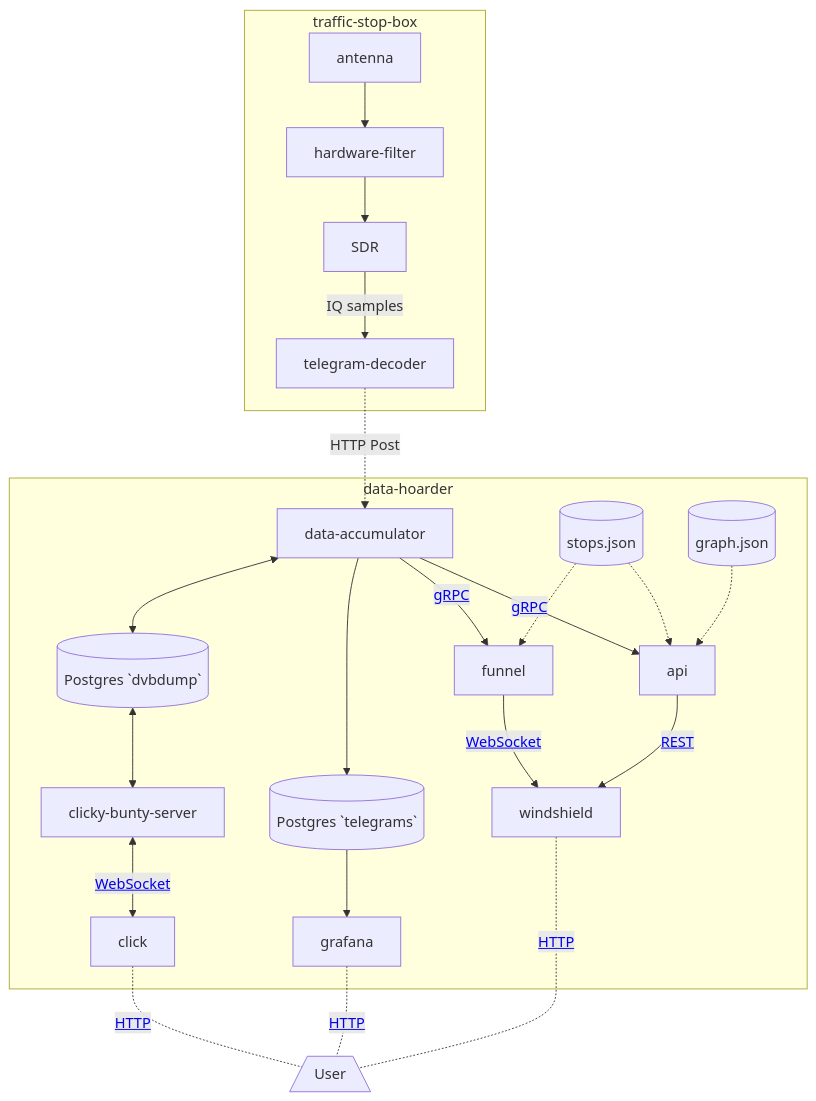
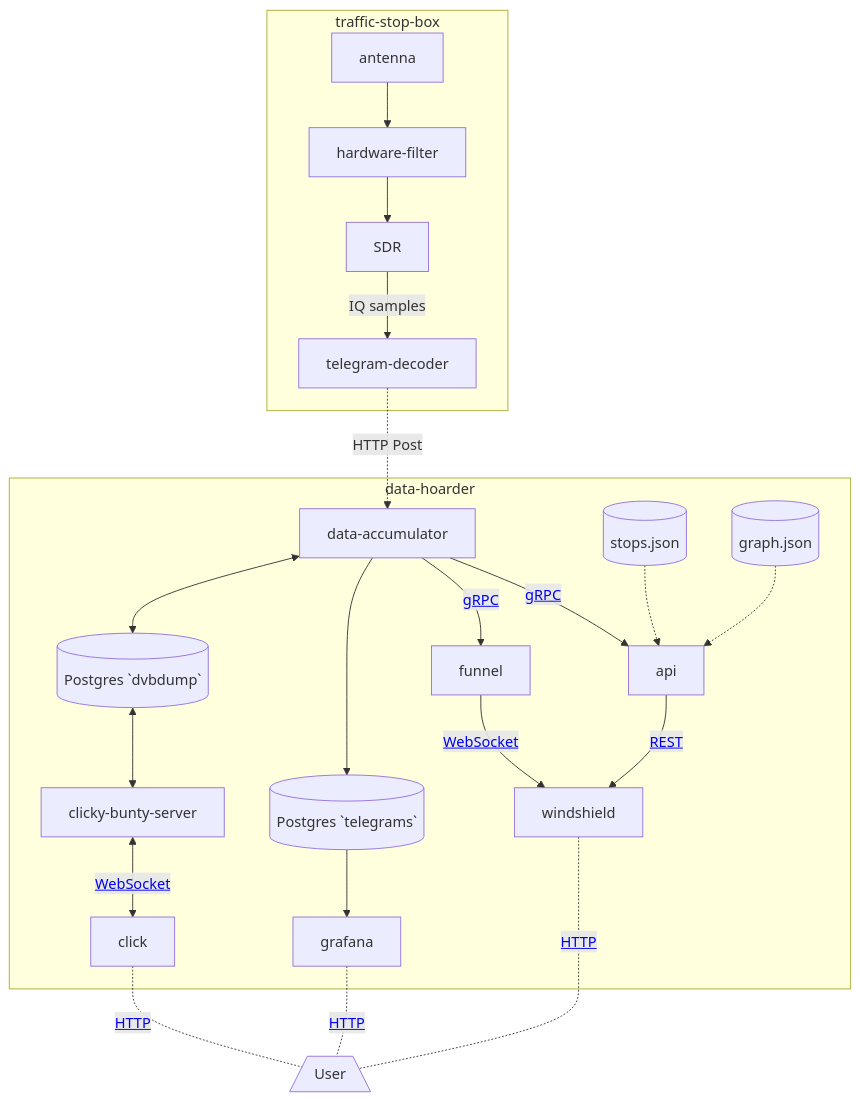
The diagram in src/chapter_2_services.md (tlm-solutions/documentation), drawn with Mermaid before and after one commit.

````diff
--- a/src/chapter_2_services.md
+++ b/src/chapter_2_services.md
@@ -7,43 +7,42 @@
 ```mermaid
 flowchart TB
     subgraph traffic-stop-box
     antenna --> hardware-filter --> SDR --> |IQ samples| telegram-decoder
     end
 
     telegram-decoder -.->|HTTP Post| data-accumulator
 
     subgraph data-hoarder
     data-accumulator --> |<a href='https://github.com/dump-dvb/telegrams/blob/master/proto/telegram.proto'>gRPC</a>| dvb-api
 		dvb-api --> |<a href='chapter_2_1_api.html'>REST</a>|windshield
 		funnel --> |<a href='https://github.com/dump-dvb/telegrams/blob/master/src/models/r09.rs'>WebSocket</a>|windshield
     data-accumulator --> |<a href='https://github.com/dump-dvb/telegrams/blob/master/proto/telegram.proto'>gRPC</a>| funnel
     data-accumulator --> postgres-telegrams
     postgres-telegrams --> grafana
     data-accumulator <--> postgres-dvbdump <--> clicky-bunty-server <-->|<a href='chapter_2_2_user_api.html'>WebSocket</a>| click[click]
 
 		stopsjson -.-> dvb-api
-		stopsjson -.-> funnel
 		graphjson -.-> dvb-api
 
     postgres-telegrams[(Postgres `telegrams`)]
     postgres-dvbdump[(Postgres `dvbdump`)]
     dvb-api[api]
 		graphjson[(graph.json)]
 		stopsjson[(stops.json)]
     end
 
 		user[/User\]
 		grafana <-.- |<a href='https://monitoring.dvb.solutions'>HTTP</a>|user
 		windshield <-.- |<a href='https://map.dvb.solutions'>HTTP</a>|user
 		click[click] <-.- |<a href='https://click.dvb.solutions'>HTTP</a>|user
 
     click hardware-filter "https://github.com/dump-dvb/bandpass-filter" _blank
     click telegram-decoder "https://github.com/dump-dvb/decode-server" _blank
     click data-accumulator "https://github.com/dump-dvb/data-accumulator" _blank
     click click "https://github.com/dump-dvb/click" _blank
     click clicky-bunty-server "https://github.com/dump-dvb/clicky-bunty-server" _blank
     click funnel "https://github.com/dump-dvb/funnel" _blank
     click windshield "https://github.com/dump-dvb/windshield" _blank
     click dvb-api "https://github.com/dump-dvb/dvb-api" _blank
 
 ```
````
